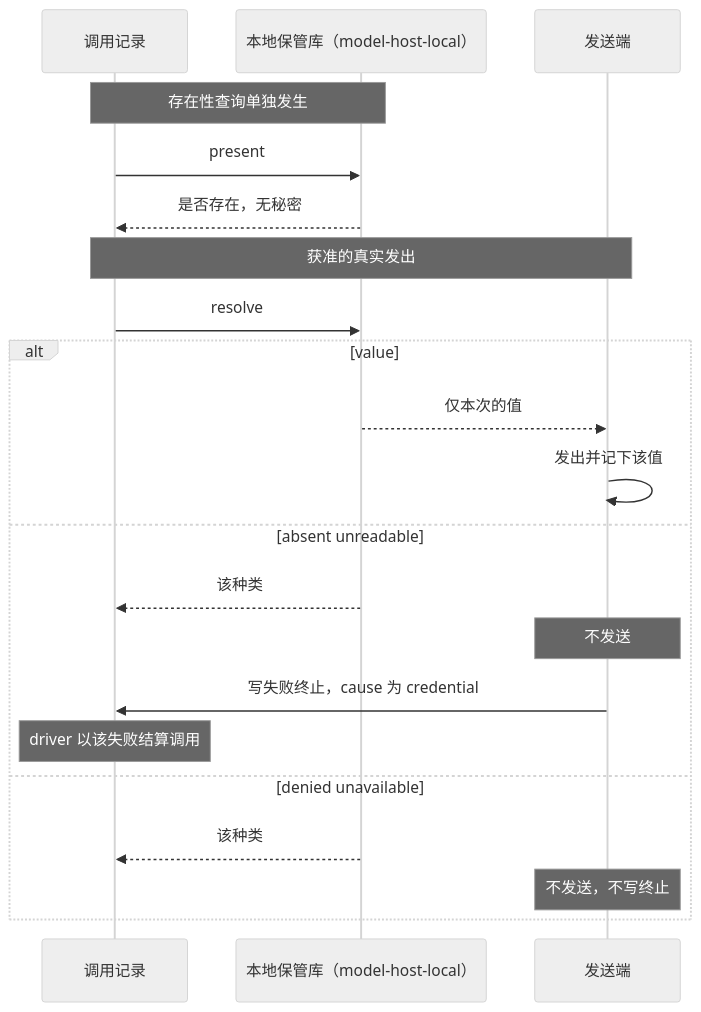
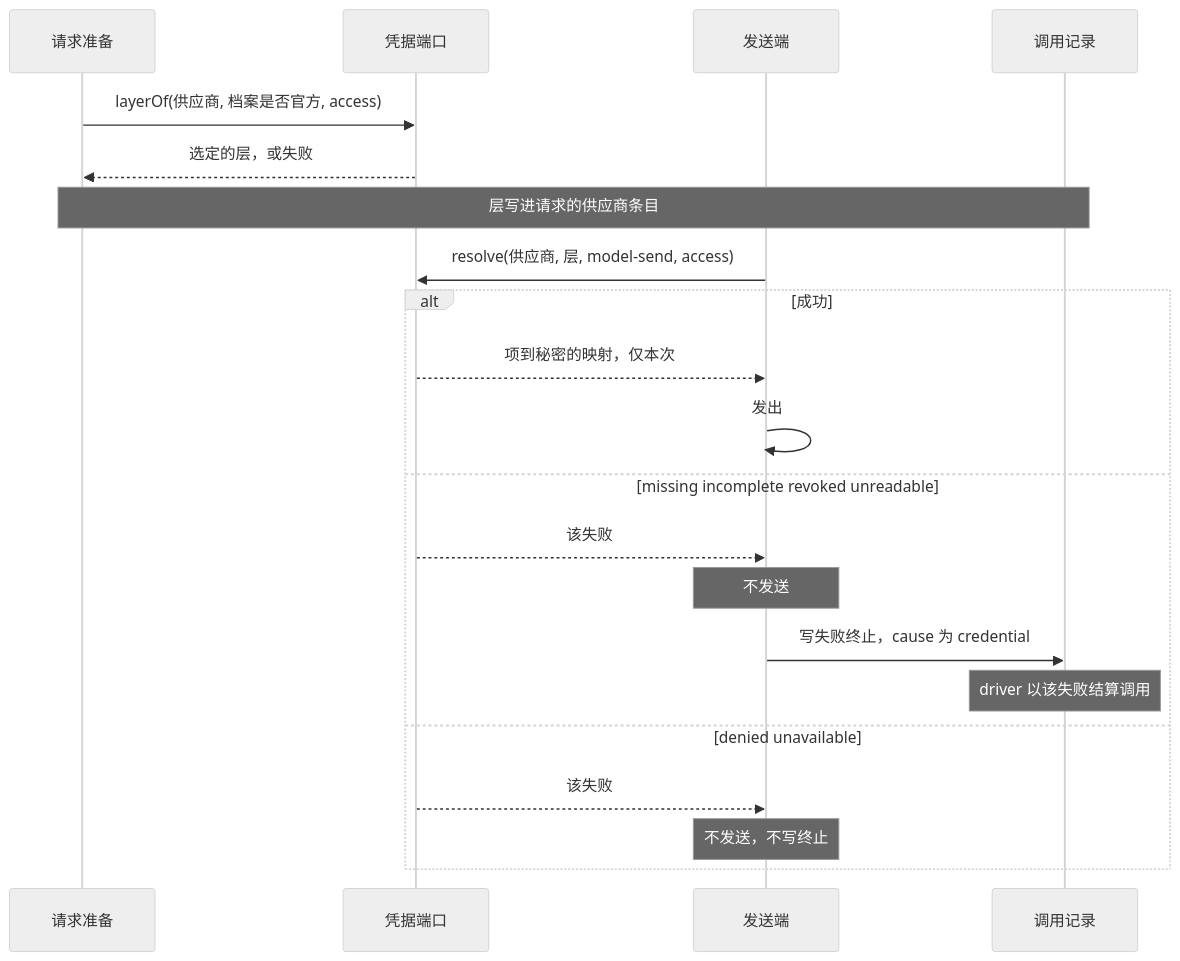
Before and after one commit to nemori-ai/omne-harness-lite: diagram 17 of 17 in packages/model/model/docs/flows.md, drawn with Mermaid (neutral theme). The commit also changed other lines of this file and 333 other files, not shown here.

````diff
--- a/packages/model/model/docs/flows.md
+++ b/packages/model/model/docs/flows.md
@@ -702,23 +702,23 @@
 ```mermaid
 sequenceDiagram
+  participant Prep as 请求准备
+  participant Port as 凭据端口
+  participant Send as 发送端
   participant Call as 调用记录
-  participant Keep as 本地保管库（model-host-local）
-  participant Send as 发送端
-  Note over Call,Keep: 存在性查询单独发生
-  Call->>Keep: present
-  Keep-->>Call: 是否存在，无秘密
-  Note over Call,Send: 获准的真实发出
-  Call->>Keep: resolve
-  alt value
-    Keep-->>Send: 仅本次的值
-    Send->>Send: 发出并记下该值
-  else absent unreadable
-    Keep-->>Call: 该种类
+  Prep->>Port: layerOf(供应商, 档案是否官方, access)
+  Port-->>Prep: 选定的层，或失败
+  Note over Prep,Call: 层写进请求的供应商条目
+  Send->>Port: resolve(供应商, 层, model-send, access)
+  alt 成功
+    Port-->>Send: 项到秘密的映射，仅本次
+    Send->>Send: 发出
+  else missing incomplete revoked unreadable
+    Port-->>Send: 该失败
     Note over Send: 不发送
     Send->>Call: 写失败终止，cause 为 credential
     Note over Call: driver 以该失败结算调用
   else denied unavailable
-    Keep-->>Call: 该种类
+    Port-->>Send: 该失败
     Note over Send: 不发送，不写终止
   end
 ```
````
